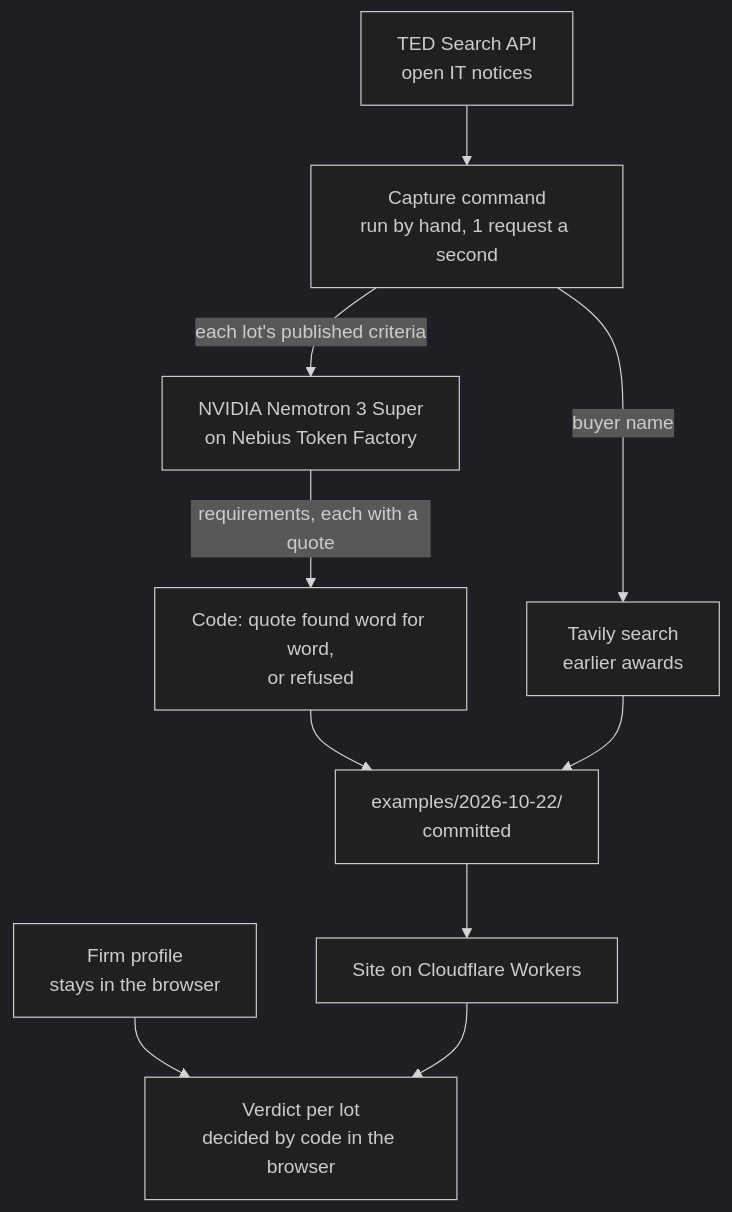
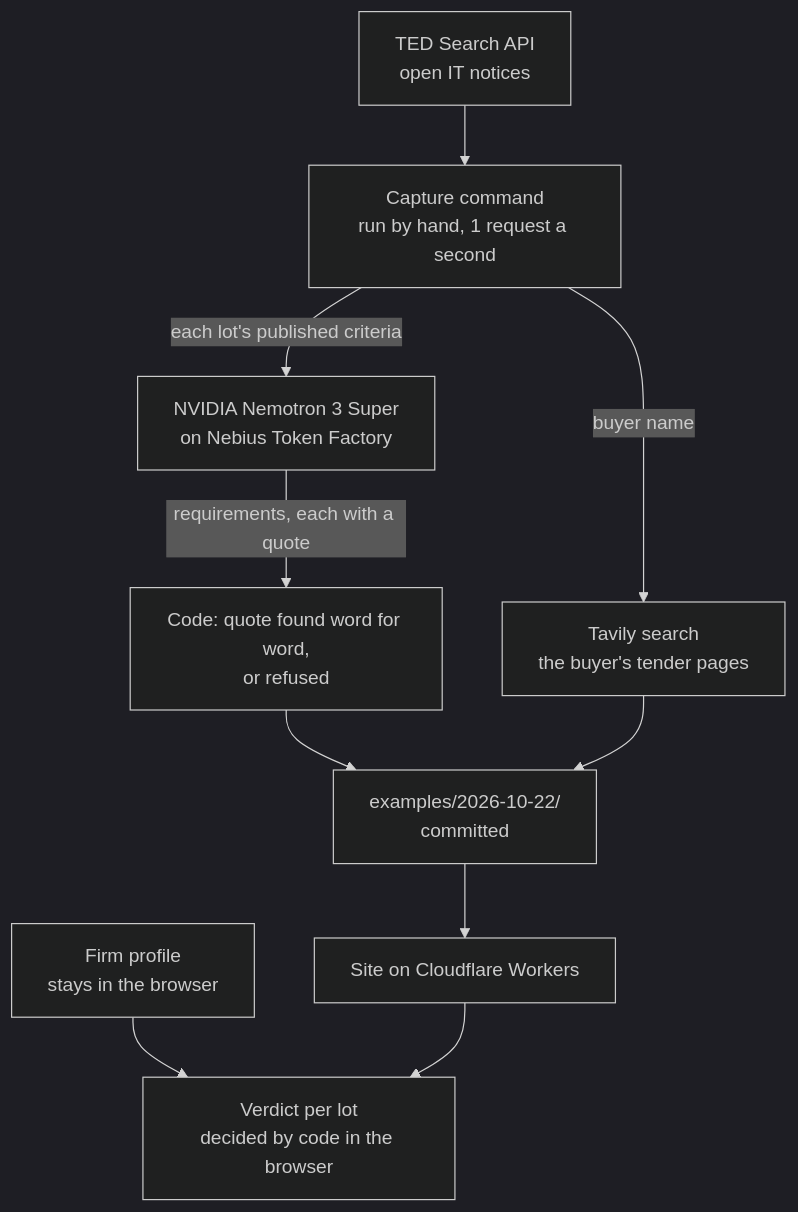
The diagram in README.md (voyagi/pagefifty), drawn with Mermaid (dark theme) before and after one commit. The commit also changed other lines of this file and 9 other files, not shown here.

First line of the commit message:
fix(tenders): list only tender pages in the buyer search panel

````diff
--- a/README.md
+++ b/README.md
@@ -54,12 +54,12 @@
 ```mermaid
 flowchart TD
   ted["TED Search API<br/>open IT notices"] --> capture["Capture command<br/>run by hand, 1 request a second"]
   capture -- "each lot's published criteria" --> model["NVIDIA Nemotron 3 Super<br/>on Nebius Token Factory"]
   model -- "requirements, each with a quote" --> check["Code: quote found word for word,<br/>or refused"]
-  capture -- "buyer name" --> tavily["Tavily search<br/>earlier awards"]
+  capture -- "buyer name" --> tavily["Tavily search<br/>the buyer's tender pages"]
   check --> folder["examples/2026-10-22/<br/>committed"]
   tavily --> folder
   folder --> site["Site on Cloudflare Workers"]
   profile["Firm profile<br/>stays in the browser"] --> verdict["Verdict per lot<br/>decided by code in the browser"]
   site --> verdict
 ```
````
